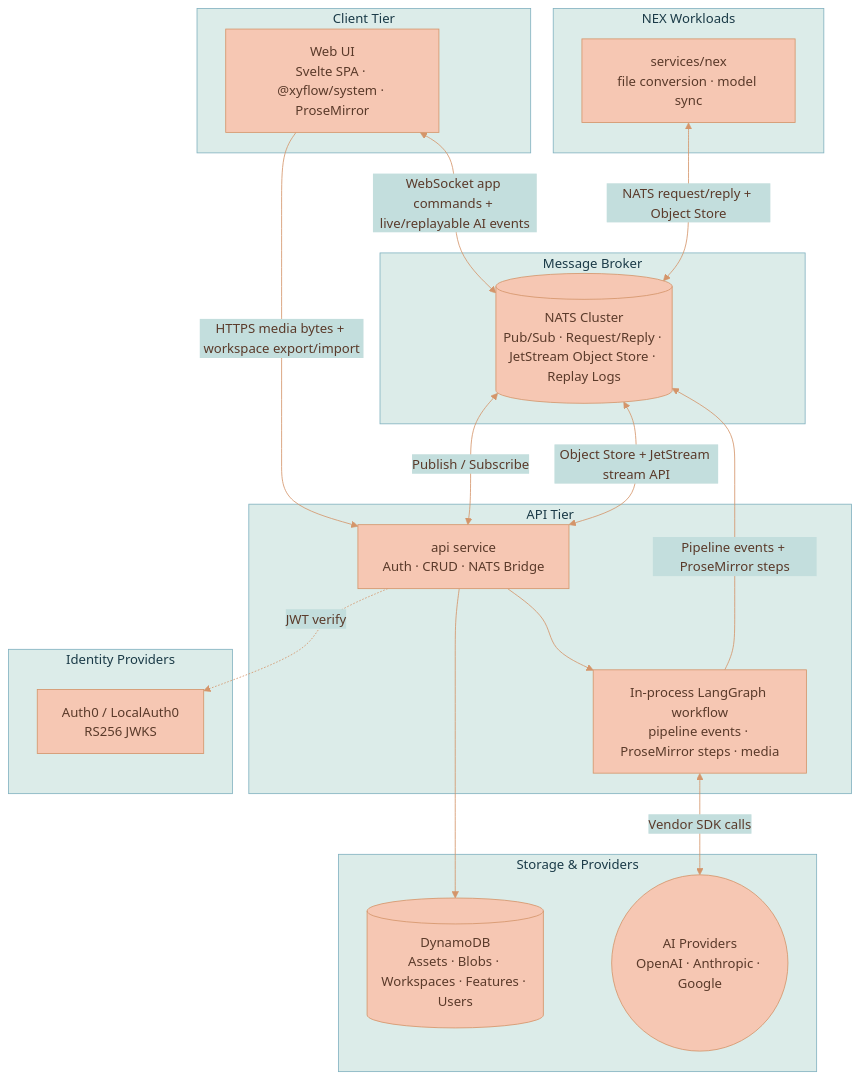
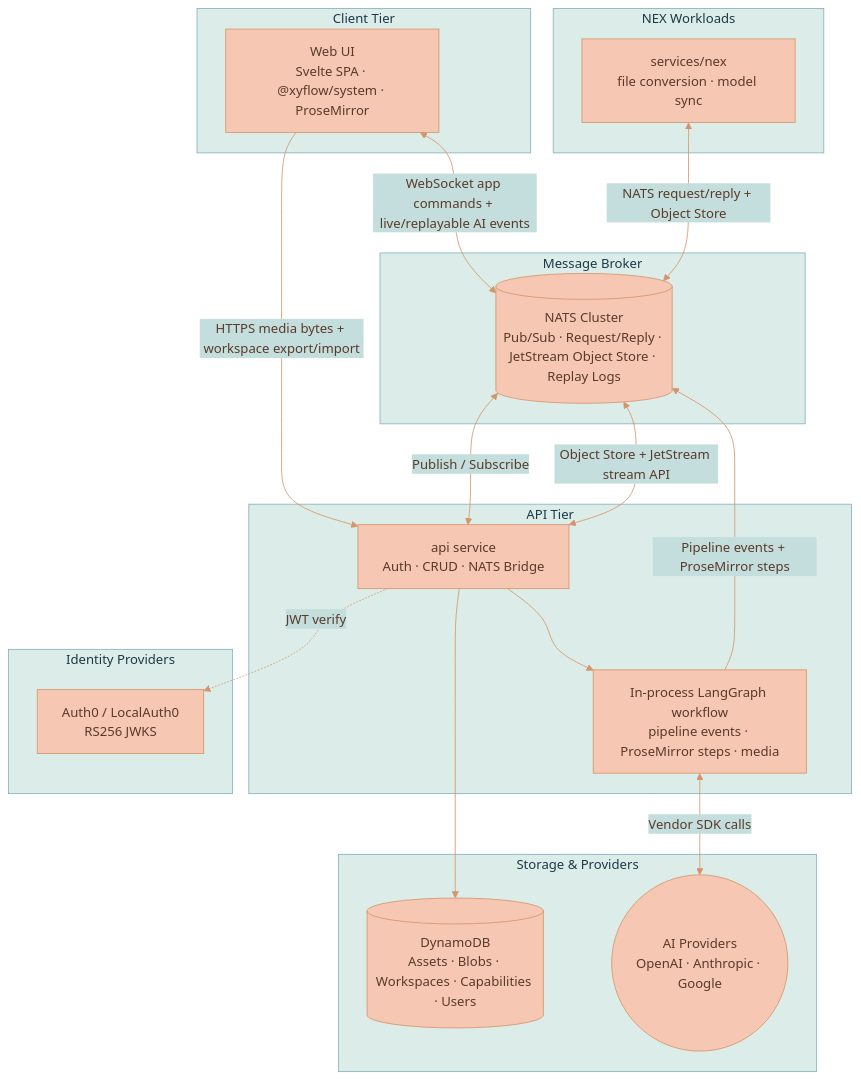
Before and after one commit to Lixpi/lixpi: the first of 2 diagrams in documentation/platform/SYSTEM-ARCHITECTURE.md, drawn with Mermaid. The commit also changed other lines of this file and 380 other files, not shown here.

````diff
--- a/documentation/platform/SYSTEM-ARCHITECTURE.md
+++ b/documentation/platform/SYSTEM-ARCHITECTURE.md
@@ -39,40 +39,40 @@
 ```mermaid
 %%{init: {'theme': 'base', 'themeVariables': { 'primaryColor': '#F6C7B3', 'primaryTextColor': '#5a3a2a', 'primaryBorderColor': '#d4956a', 'secondaryColor': '#C3DEDD', 'secondaryTextColor': '#1a3a47', 'secondaryBorderColor': '#4a8a9d', 'tertiaryColor': '#DCECE9', 'tertiaryTextColor': '#1a3a47', 'tertiaryBorderColor': '#82B2C0', 'lineColor': '#d4956a', 'textColor': '#5a3a2a'}}}%%
 graph TB
     subgraph Client["Client Tier"]
         UI["Web UI<br/>Svelte SPA · @xyflow/system · ProseMirror"]
     end
 
     subgraph Broker["Message Broker"]
         NATS[("NATS Cluster<br/>Pub/Sub · Request/Reply · JetStream Object Store · Replay Logs")]
     end
 
     subgraph Backend["API Tier"]
         API["api service<br/>Auth · CRUD · NATS Bridge"]
         LLM["In-process LangGraph workflow<br/>pipeline events · ProseMirror steps · media"]
     end
 
     subgraph Workers["NEX Workloads"]
         NEX["services/nex<br/>file conversion · model sync"]
     end
 
     subgraph Identity["Identity Providers"]
         Auth["Auth0 / LocalAuth0<br/>RS256 JWKS"]
     end
 
     subgraph Storage["Storage & Providers"]
-        DDB[("DynamoDB<br/>Assets · Blobs · Workspaces · Features · Users")]
+        DDB[("DynamoDB<br/>Assets · Blobs · Workspaces · Capabilities · Users")]
         Provider(("AI Providers<br/>OpenAI · Anthropic · Google"))
     end
 
     UI <-->|WebSocket app commands + live/replayable AI events| NATS
     UI -->|HTTPS media bytes + workspace export/import| API
     NATS <-->|Publish / Subscribe| API
     API --> LLM
     API --> DDB
     API <-->|Object Store + JetStream stream API| NATS
     NEX <-->|NATS request/reply + Object Store| NATS
     LLM -->|Pipeline events + ProseMirror steps| NATS
     LLM <-->|Vendor SDK calls| Provider
     API -.->|JWT verify| Auth
 ```
````
